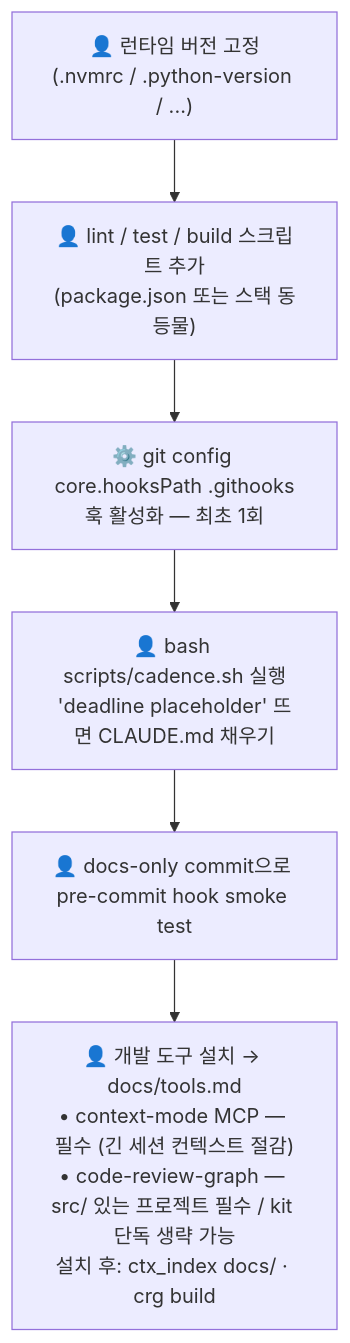
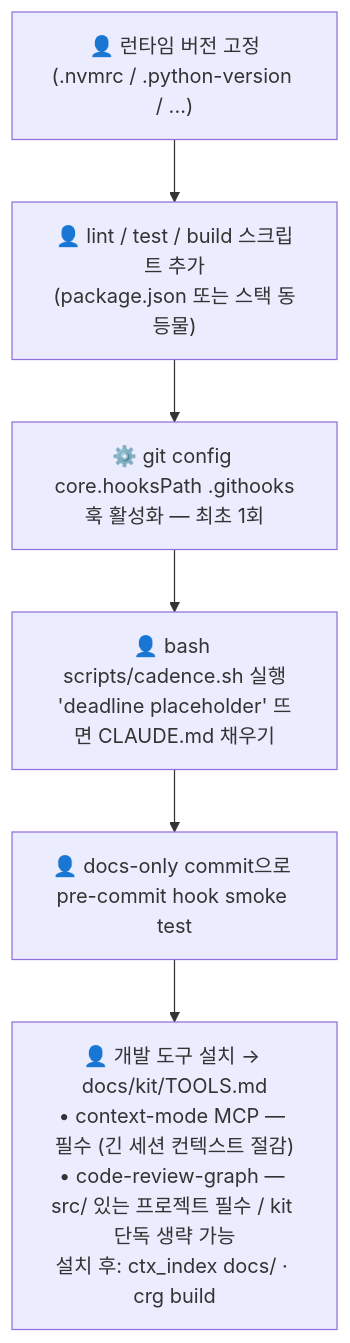
One commit to JayKim88/craft-kit changed the second of 7 diagrams in docs/GUIDE.md. Above: the diagram before and after it, drawn with Mermaid. The commit also changed 7 other files, not shown here.

````diff
--- a/docs/GUIDE.md
+++ b/docs/GUIDE.md
@@ -47,11 +47,11 @@
 ```mermaid
 flowchart TD
     B1["👤 런타임 버전 고정\n(.nvmrc / .python-version / ...)"]
     B2["👤 lint / test / build 스크립트 추가\n(package.json 또는 스택 동등물)"]
     B3["⚙️ git config core.hooksPath .githooks\n훅 활성화 — 최초 1회"]
     B4["👤 bash scripts/cadence.sh 실행\n'deadline placeholder' 뜨면 CLAUDE.md 채우기"]
     B5["👤 docs-only commit으로 pre-commit hook smoke test"]
-    B6["👤 개발 도구 설치 → docs/tools.md\n• context-mode MCP — 필수 (긴 세션 컨텍스트 절감)\n• code-review-graph — src/ 있는 프로젝트 필수 / kit 단독 생략 가능\n설치 후: ctx_index docs/ · crg build"]
+    B6["👤 개발 도구 설치 → docs/kit/TOOLS.md\n• context-mode MCP — 필수 (긴 세션 컨텍스트 절감)\n• code-review-graph — src/ 있는 프로젝트 필수 / kit 단독 생략 가능\n설치 후: ctx_index docs/ · crg build"]
 
     B1 --> B2 --> B3 --> B4 --> B5 --> B6
 ```
````
